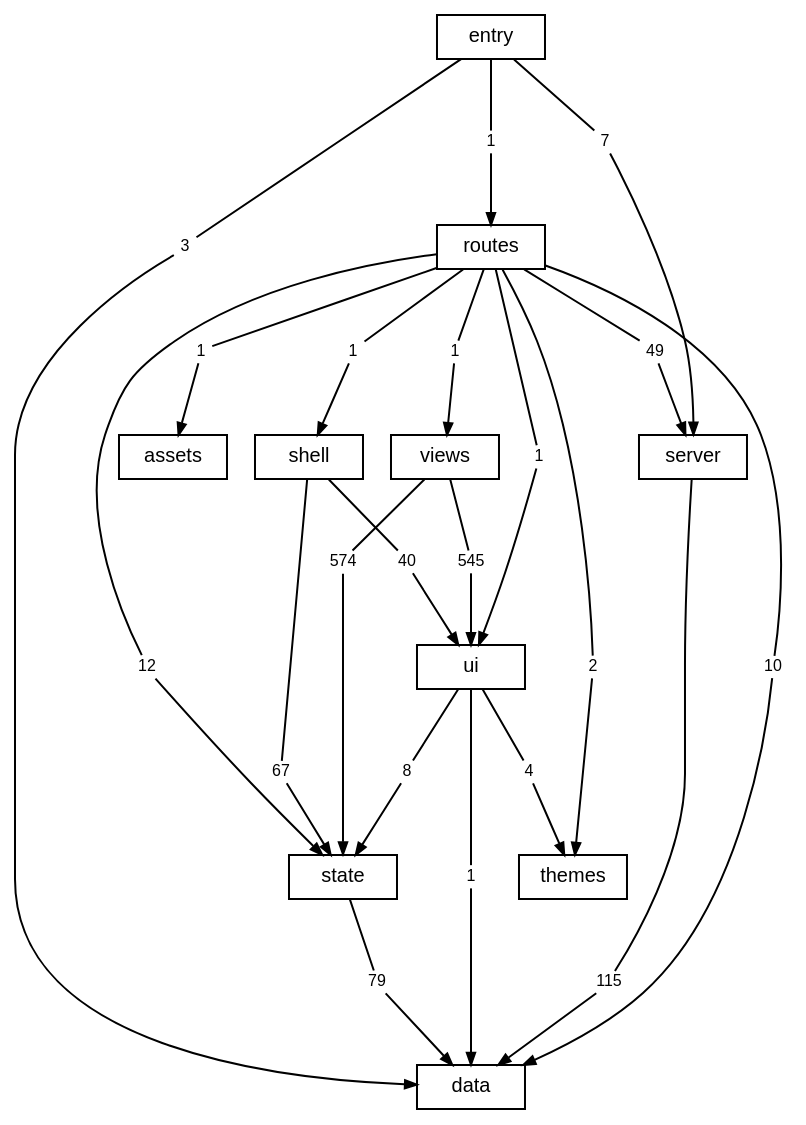
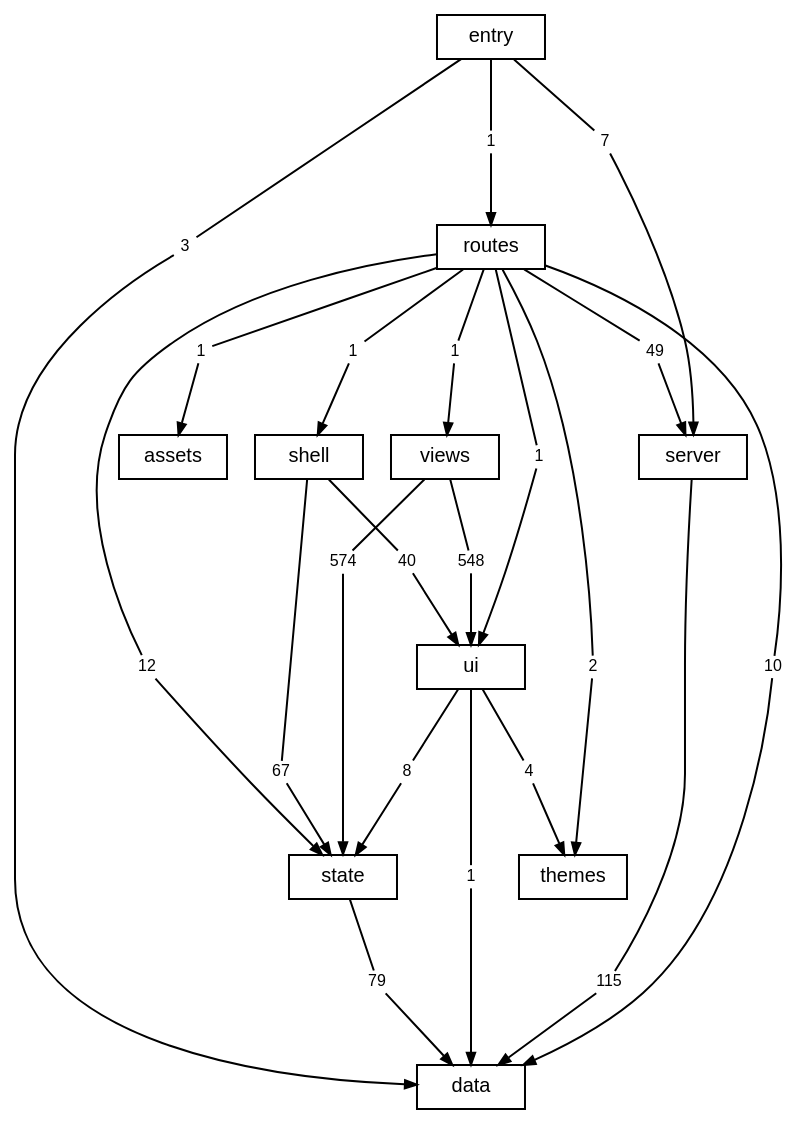
The diagram in docs/diagrams/layers.dot (TheAxeC/oculus), drawn with Graphviz before and after one commit. The commit also changed 32 other files, not shown here.

```diff
--- a/docs/diagrams/layers.dot
+++ b/docs/diagrams/layers.dot
@@ -1,75 +1,75 @@
 digraph layers {
     graph [bgcolor="transparent", rankdir=TB, newrank=true, fontname="Helvetica,Arial,sans-serif", fontsize=12, nodesep=0.2, ranksep=0.5];
     node [shape=box, color="black", fontcolor="black", fontname="Helvetica,Arial,sans-serif", fontsize=10, height=0.3, margin="0.12,0.04"];
     edge [color="black", fontcolor="black", fontname="Helvetica,Arial,sans-serif", fontsize=8, arrowsize=0.6];
     "data";
     "server";
     "state";
     "ui";
     "shell";
     "views";
     "themes";
     "routes";
     "src" [label="entry"];
     "files: assets" [label="assets"];
     "routes to data" [label="10", shape=box, color="transparent", fontsize=8, width=0, height=0, margin="0.04,0.02"];
     "routes" -> "routes to data" [arrowhead=none];
     "routes to data" -> "data" [];
     "routes to files: assets" [label="1", shape=box, color="transparent", fontsize=8, width=0, height=0, margin="0.04,0.02"];
     "routes" -> "routes to files: assets" [arrowhead=none];
     "routes to files: assets" -> "files: assets" [];
     "routes to server" [label="49", shape=box, color="transparent", fontsize=8, width=0, height=0, margin="0.04,0.02"];
     "routes" -> "routes to server" [arrowhead=none];
     "routes to server" -> "server" [];
     "routes to shell" [label="1", shape=box, color="transparent", fontsize=8, width=0, height=0, margin="0.04,0.02"];
     "routes" -> "routes to shell" [arrowhead=none];
     "routes to shell" -> "shell" [];
     "routes to state" [label="12", shape=box, color="transparent", fontsize=8, width=0, height=0, margin="0.04,0.02"];
     "routes" -> "routes to state" [arrowhead=none];
     "routes to state" -> "state" [];
     "routes to themes" [label="2", shape=box, color="transparent", fontsize=8, width=0, height=0, margin="0.04,0.02"];
     "routes" -> "routes to themes" [arrowhead=none];
     "routes to themes" -> "themes" [];
     "routes to ui" [label="1", shape=box, color="transparent", fontsize=8, width=0, height=0, margin="0.04,0.02"];
     "routes" -> "routes to ui" [arrowhead=none];
     "routes to ui" -> "ui" [];
     "routes to views" [label="1", shape=box, color="transparent", fontsize=8, width=0, height=0, margin="0.04,0.02"];
     "routes" -> "routes to views" [arrowhead=none];
     "routes to views" -> "views" [];
     "server to data" [label="115", shape=box, color="transparent", fontsize=8, width=0, height=0, margin="0.04,0.02"];
     "server" -> "server to data" [arrowhead=none];
     "server to data" -> "data" [];
     "shell to state" [label="67", shape=box, color="transparent", fontsize=8, width=0, height=0, margin="0.04,0.02"];
     "shell" -> "shell to state" [arrowhead=none];
     "shell to state" -> "state" [];
     "shell to ui" [label="40", shape=box, color="transparent", fontsize=8, width=0, height=0, margin="0.04,0.02"];
     "shell" -> "shell to ui" [arrowhead=none];
     "shell to ui" -> "ui" [];
     "src to data" [label="3", shape=box, color="transparent", fontsize=8, width=0, height=0, margin="0.04,0.02"];
     "src" -> "src to data" [arrowhead=none];
     "src to data" -> "data" [];
     "src to routes" [label="1", shape=box, color="transparent", fontsize=8, width=0, height=0, margin="0.04,0.02"];
     "src" -> "src to routes" [arrowhead=none];
     "src to routes" -> "routes" [];
     "src to server" [label="7", shape=box, color="transparent", fontsize=8, width=0, height=0, margin="0.04,0.02"];
     "src" -> "src to server" [arrowhead=none];
     "src to server" -> "server" [];
     "state to data" [label="79", shape=box, color="transparent", fontsize=8, width=0, height=0, margin="0.04,0.02"];
     "state" -> "state to data" [arrowhead=none];
     "state to data" -> "data" [];
     "ui to data" [label="1", shape=box, color="transparent", fontsize=8, width=0, height=0, margin="0.04,0.02"];
     "ui" -> "ui to data" [arrowhead=none];
     "ui to data" -> "data" [];
     "ui to state" [label="8", shape=box, color="transparent", fontsize=8, width=0, height=0, margin="0.04,0.02"];
     "ui" -> "ui to state" [arrowhead=none];
     "ui to state" -> "state" [];
     "ui to themes" [label="4", shape=box, color="transparent", fontsize=8, width=0, height=0, margin="0.04,0.02"];
     "ui" -> "ui to themes" [arrowhead=none];
     "ui to themes" -> "themes" [];
     "views to state" [label="574", shape=box, color="transparent", fontsize=8, width=0, height=0, margin="0.04,0.02"];
     "views" -> "views to state" [arrowhead=none];
     "views to state" -> "state" [];
-    "views to ui" [label="545", shape=box, color="transparent", fontsize=8, width=0, height=0, margin="0.04,0.02"];
+    "views to ui" [label="548", shape=box, color="transparent", fontsize=8, width=0, height=0, margin="0.04,0.02"];
     "views" -> "views to ui" [arrowhead=none];
     "views to ui" -> "ui" [];
 }
```
